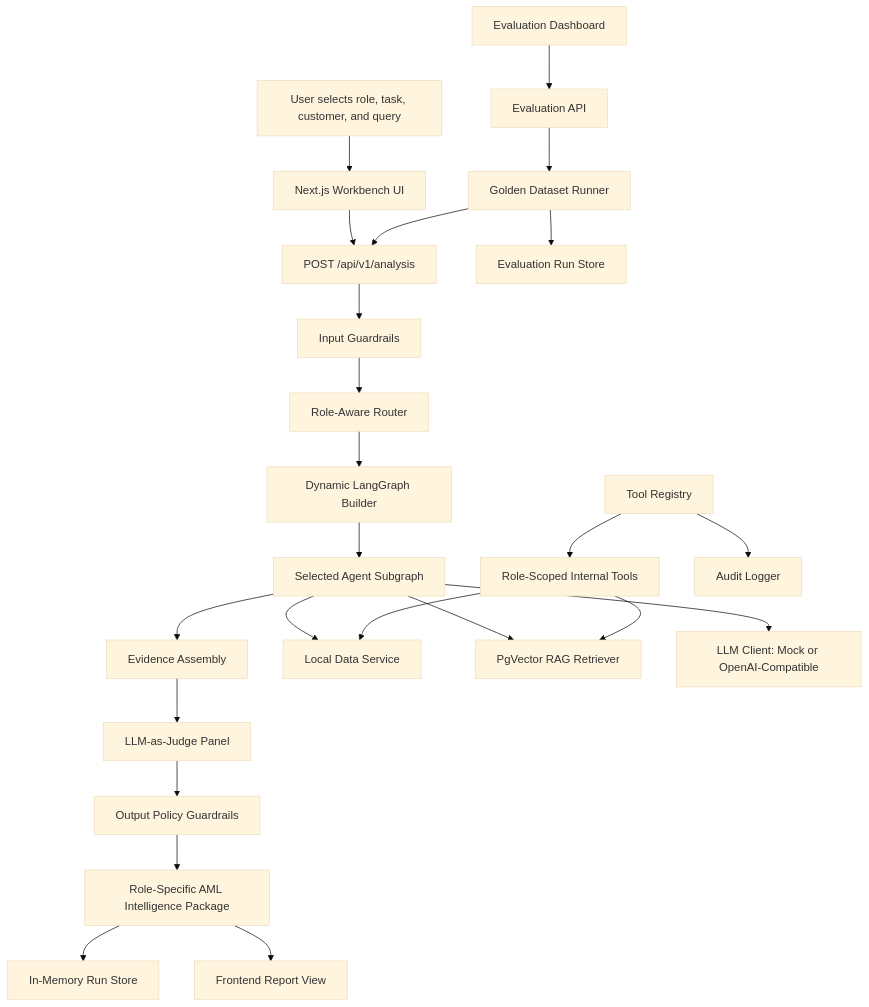
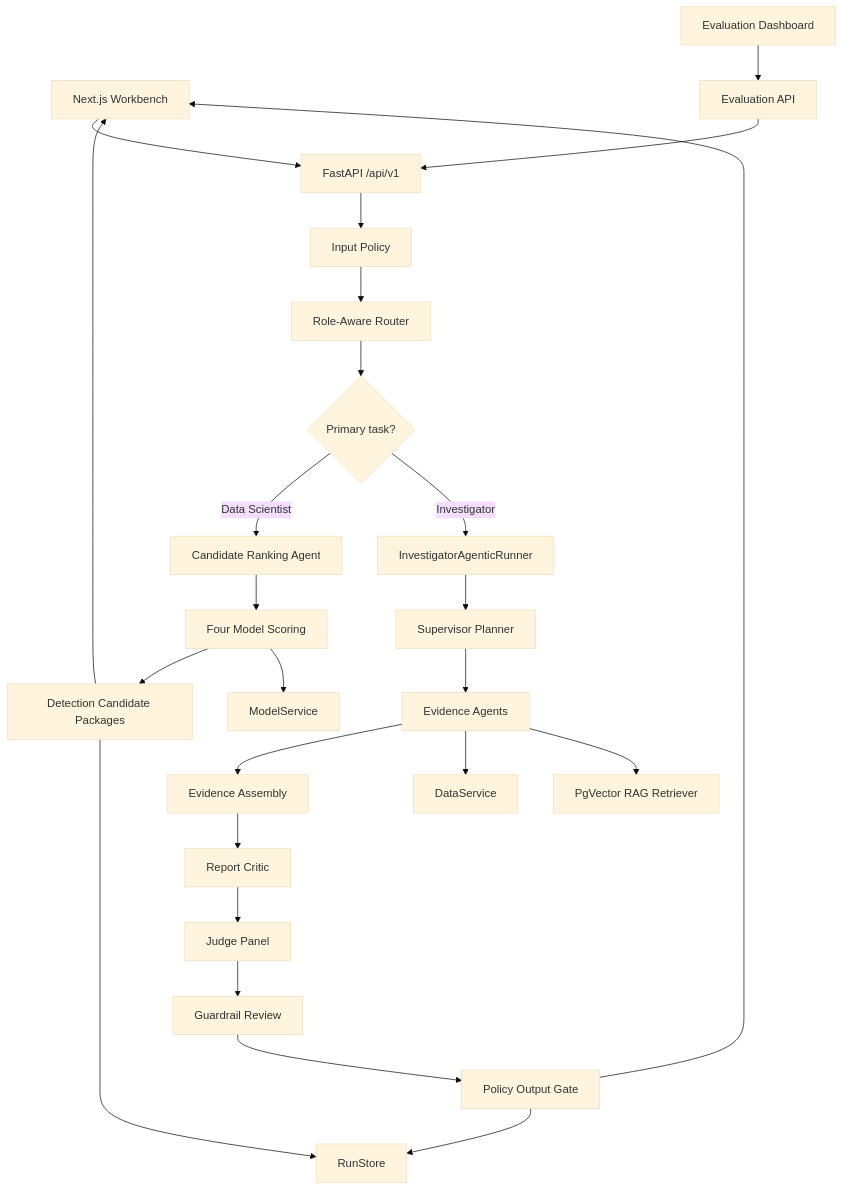
Before and after one commit to jasonllai/AML-Agentic-Intelligence-Engine: the diagram in docs/ARCHITECTURE.md, drawn with Mermaid (base theme). The commit also changed other lines of this file and 53 other files, not shown here.

````diff
--- a/docs/ARCHITECTURE.md
+++ b/docs/ARCHITECTURE.md
@@ -15,26 +15,27 @@
 ```mermaid
 flowchart TD
-    A[User selects role, task, customer, and query] --> B[Next.js Workbench UI]
-    B --> C[POST /api/v1/analysis]
-    C --> D[Input Guardrails]
-    D --> E[Role-Aware Router]
-    E --> F[Dynamic LangGraph Builder]
-    F --> G[Selected Agent Subgraph]
-    G --> H[Evidence Assembly]
-    H --> I[LLM-as-Judge Panel]
-    I --> J[Output Policy Guardrails]
-    J --> K[Role-Specific AML Intelligence Package]
-    K --> L[In-Memory Run Store]
-    K --> M[Frontend Report View]
-    G --> N[Local Data Service]
-    G --> O[PgVector RAG Retriever]
-    G --> P[LLM Client: Mock or OpenAI-Compatible]
-    Q[Tool Registry] --> R[Role-Scoped Internal Tools]
-    R --> N
-    R --> O
-    Q --> S[Audit Logger]
-    T[Evaluation Dashboard] --> U[Evaluation API]
-    U --> V[Golden Dataset Runner]
-    V --> C
-    V --> W[Evaluation Run Store]
+    A[Next.js Workbench] --> B[FastAPI /api/v1]
+    B --> C[Input Policy]
+    C --> D[Role-Aware Router]
+    D --> E{Primary task?}
+    E -- Data Scientist --> F[Candidate Ranking Agent]
+    F --> G[Four Model Scoring]
+    G --> H[Detection Candidate Packages]
+    H --> I[RunStore]
+    H --> A
+    E -- Investigator --> J[InvestigatorAgenticRunner]
+    J --> K[Supervisor Planner]
+    K --> L[Evidence Agents]
+    L --> M[Evidence Assembly]
+    M --> N[Report Critic]
+    N --> O[Judge Panel]
+    O --> P[Guardrail Review]
+    P --> Q[Policy Output Gate]
+    Q --> I
+    Q --> A
+    L --> R[DataService]
+    L --> S[PgVector RAG Retriever]
+    G --> T[ModelService]
+    U[Evaluation Dashboard] --> V[Evaluation API]
+    V --> B
 ```
````
